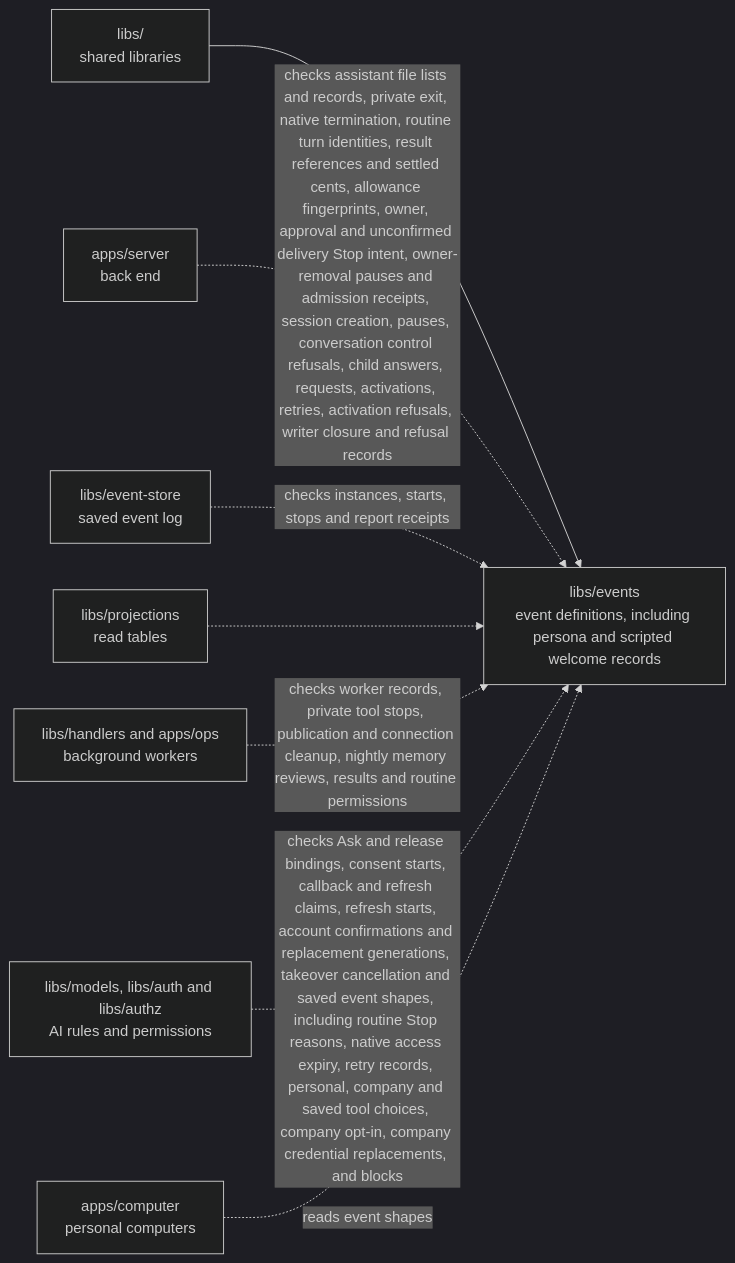
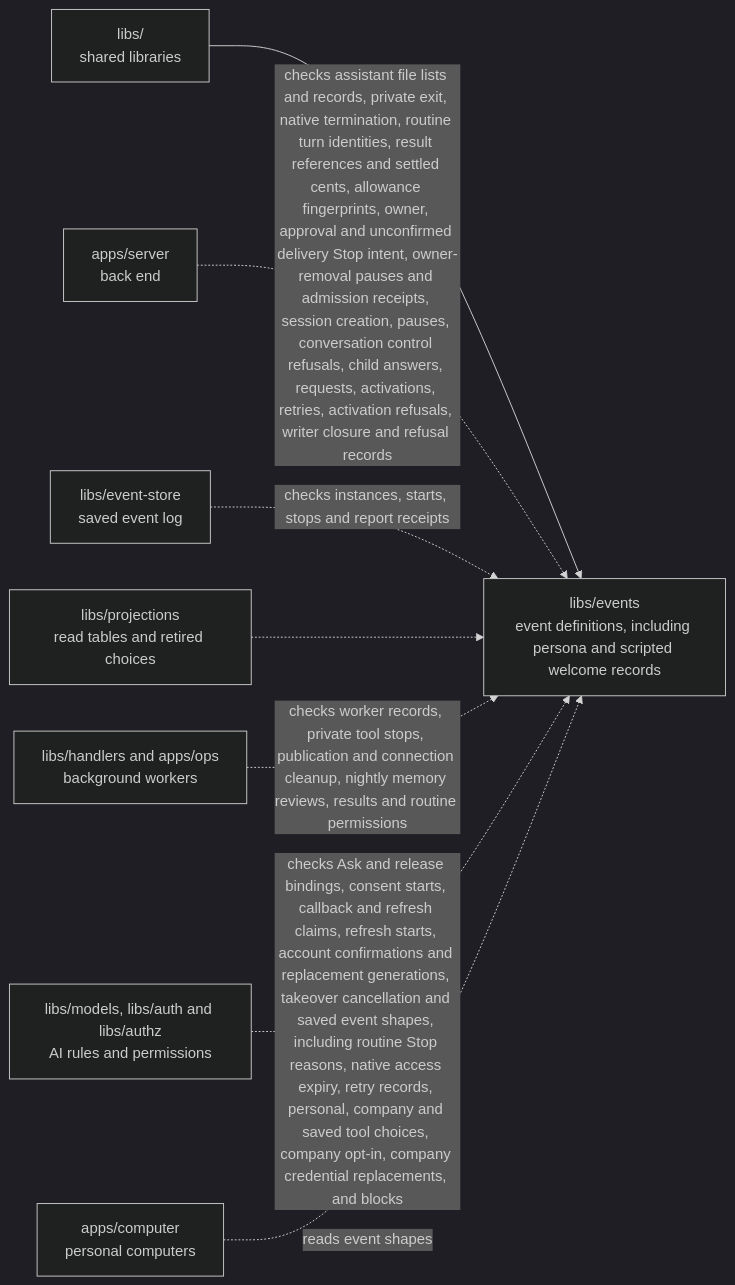
One commit to elewa-git/opencrane-new changed the diagram in libs/events/README.md. Above: the diagram before and after it, drawn with Mermaid (dark theme). The commit also changed other lines of this file and 24 other files, not shown here.

````diff
--- a/libs/events/README.md
+++ b/libs/events/README.md
@@ -59,10 +59,10 @@
 ```mermaid
 flowchart LR
   parent["libs/<br/>shared libraries"] --> events["libs/events<br/>event definitions, including persona and scripted welcome records"]
   server["apps/server<br/>back end"] -.->|checks assistant file lists and records, private exit, native termination, routine turn identities, result references and settled cents, allowance fingerprints, owner, approval and unconfirmed delivery Stop intent, owner-removal pauses and admission receipts, session creation, pauses, conversation control refusals, child answers, requests, activations, retries, activation refusals, writer closure and refusal records| events
   store["libs/event-store<br/>saved event log"] -.->|checks instances, starts, stops and report receipts| events
-  projections["libs/projections<br/>read tables"] -.-> events
+  projections["libs/projections<br/>read tables and retired choices"] -.-> events
   workers["libs/handlers and apps/ops<br/>background workers"] -.->|checks worker records, private tool stops, publication and connection cleanup, nightly memory reviews, results and routine permissions| events
   models["libs/models, libs/auth and libs/authz<br/>AI rules and permissions"] -.->|checks Ask and release bindings, consent starts, callback and refresh claims, refresh starts, account confirmations and replacement generations, takeover cancellation and saved event shapes, including routine Stop reasons, native access expiry, retry records, personal, company and saved tool choices, company opt-in, company credential replacements, and blocks| events
   computer["apps/computer<br/>personal computers"] -.->|reads event shapes| events
 ```
````
